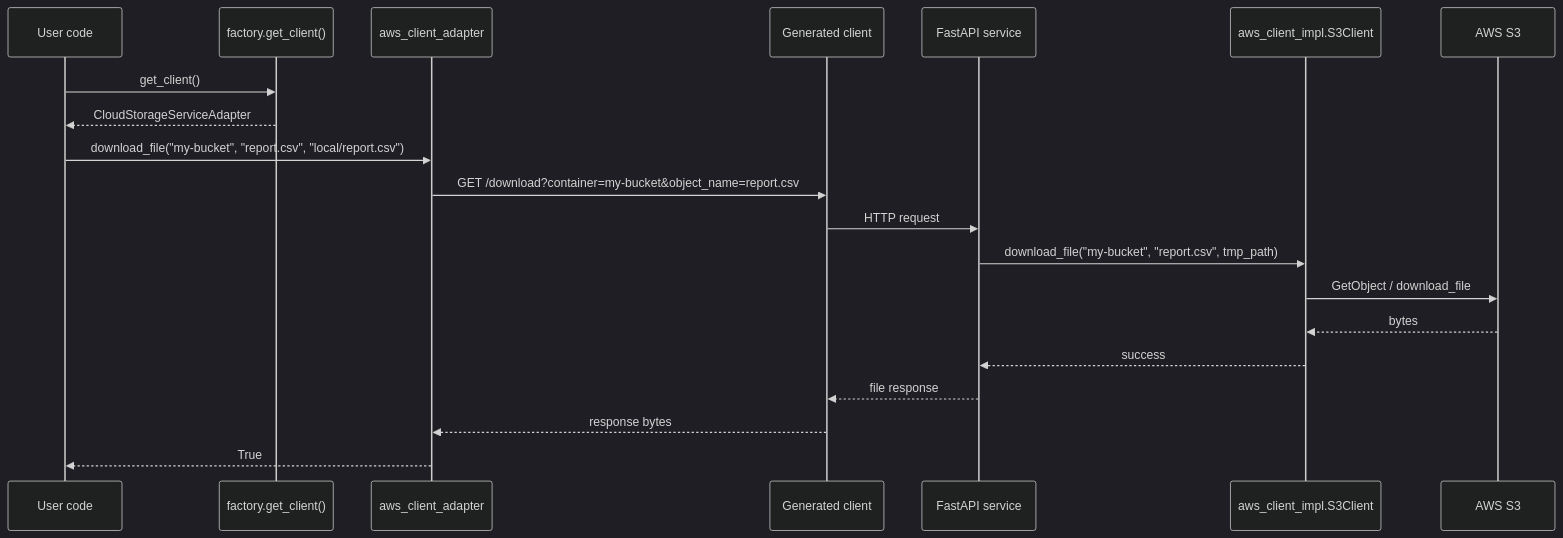
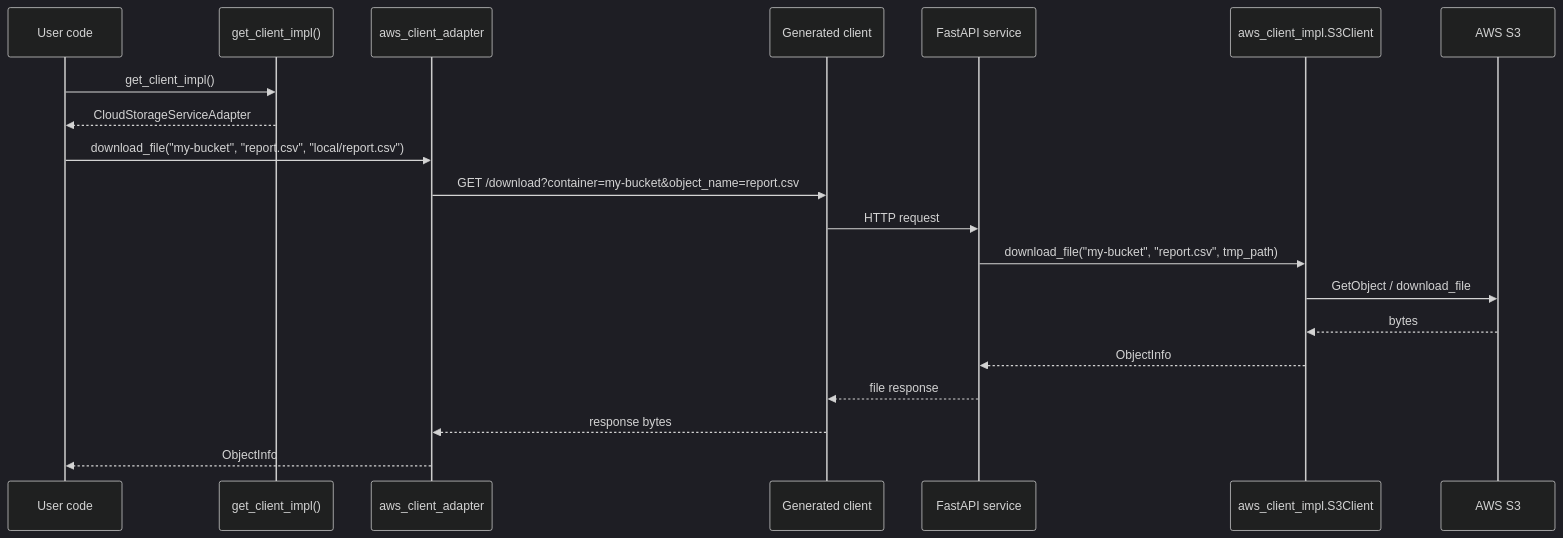
One commit to 2SpaceMasterRace/nimbus changed the third of 3 diagrams in DESIGN.md. Above: the diagram before and after it, drawn with Mermaid (dark theme). The commit also changed other lines of this file and 14 other files, not shown here.

````diff
--- a/DESIGN.md
+++ b/DESIGN.md
@@ -73,23 +73,23 @@
 ```mermaid
 sequenceDiagram
     participant U as User code
-    participant F as factory.get_client()
+    participant F as get_client_impl()
     participant A as aws_client_adapter
     participant G as Generated client
     participant H as FastAPI service
     participant L as aws_client_impl.S3Client
     participant S as AWS S3
 
-    U->>F: get_client()
+    U->>F: get_client_impl()
     F-->>U: CloudStorageServiceAdapter
     U->>A: download_file("my-bucket", "report.csv", "local/report.csv")
     A->>G: GET /download?container=my-bucket&object_name=report.csv
     G->>H: HTTP request
     H->>L: download_file("my-bucket", "report.csv", tmp_path)
     L->>S: GetObject / download_file
     S-->>L: bytes
-    L-->>H: success
+    L-->>H: ObjectInfo
     H-->>G: file response
     G-->>A: response bytes
-    A-->>U: True
+    A-->>U: ObjectInfo
 ```
````
